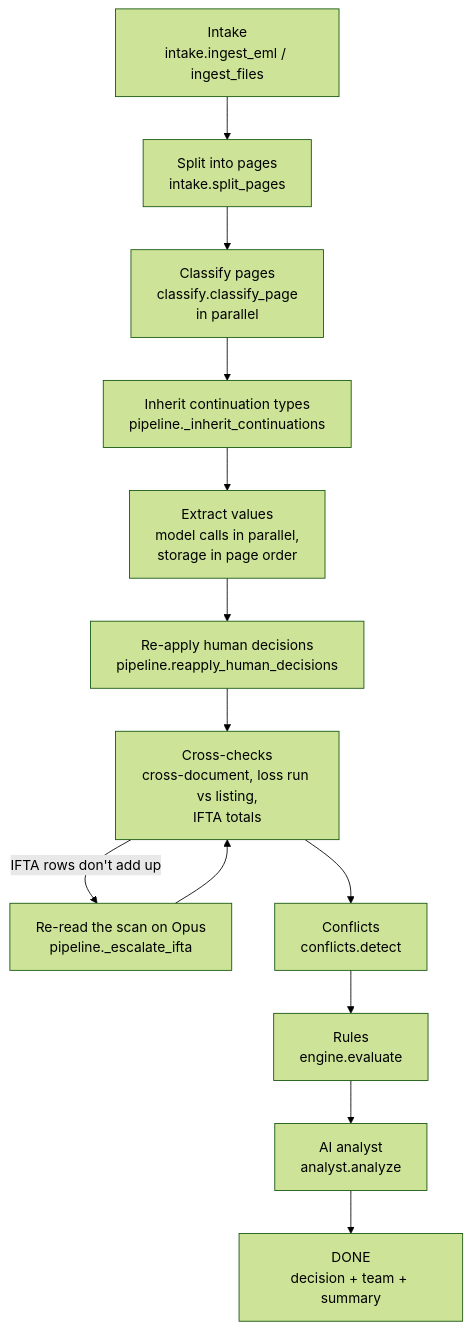
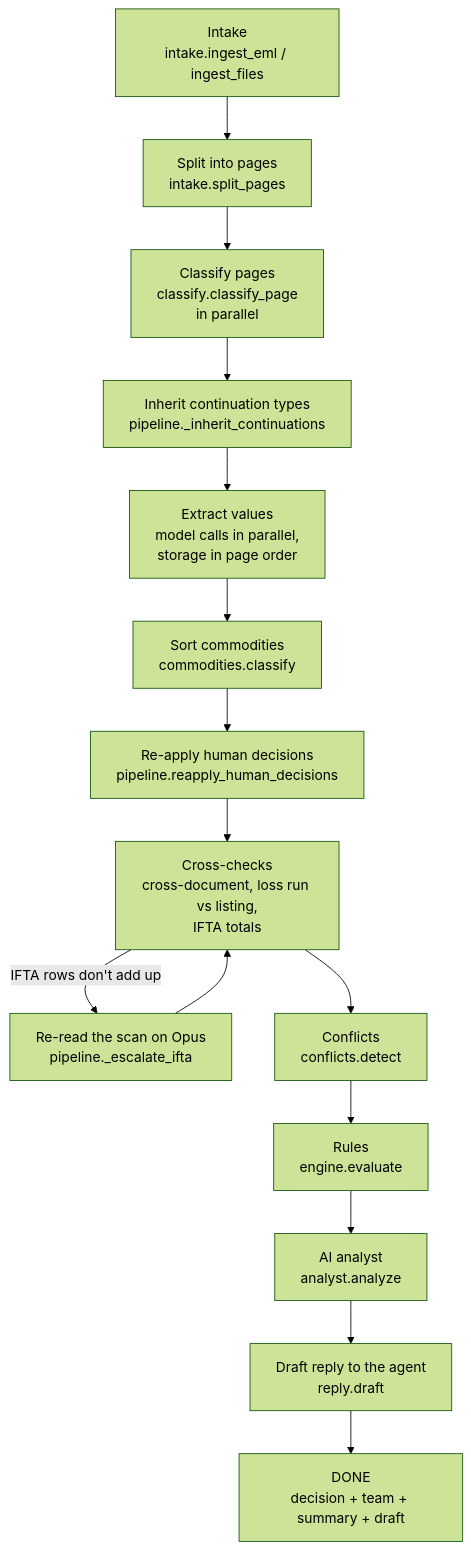
One commit to shreevershith/knight-insurance-take-home-2 changed the third of 7 diagrams in docs/ARCHITECTURE.md. Above: the diagram before and after it, drawn with Mermaid (forest theme). The commit also changed other lines of this file and 5 other files, not shown here.

Commit message:
Docs for D-48 and D-49: draft reply, commodity sorting, eval results before and after, 97 tests

````diff
--- a/docs/ARCHITECTURE.md
+++ b/docs/ARCHITECTURE.md
@@ -107,15 +110,17 @@
 ```mermaid
 flowchart TD
     S0[Intake<br/>intake.ingest_eml / ingest_files] --> S1[Split into pages<br/>intake.split_pages]
     S1 --> S2[Classify pages<br/>classify.classify_page<br/>in parallel]
     S2 --> S3[Inherit continuation types<br/>pipeline._inherit_continuations]
     S3 --> S4[Extract values<br/>model calls in parallel,<br/>storage in page order]
-    S4 --> S5[Re-apply human decisions<br/>pipeline.reapply_human_decisions]
+    S4 --> S4b[Sort commodities<br/>commodities.classify]
+    S4b --> S5[Re-apply human decisions<br/>pipeline.reapply_human_decisions]
     S5 --> S6[Cross-checks<br/>cross-document, loss run vs listing,<br/>IFTA totals]
     S6 -->|IFTA rows don't add up| S6b[Re-read the scan on Opus<br/>pipeline._escalate_ifta]
     S6b --> S6
     S6 --> S7[Conflicts<br/>conflicts.detect]
     S7 --> S8[Rules<br/>engine.evaluate]
     S8 --> S9[AI analyst<br/>analyst.analyze]
-    S9 --> S10[DONE<br/>decision + team + summary]
+    S9 --> S9b[Draft reply to the agent<br/>reply.draft]
+    S9b --> S10[DONE<br/>decision + team + summary + draft]
 ```
````
